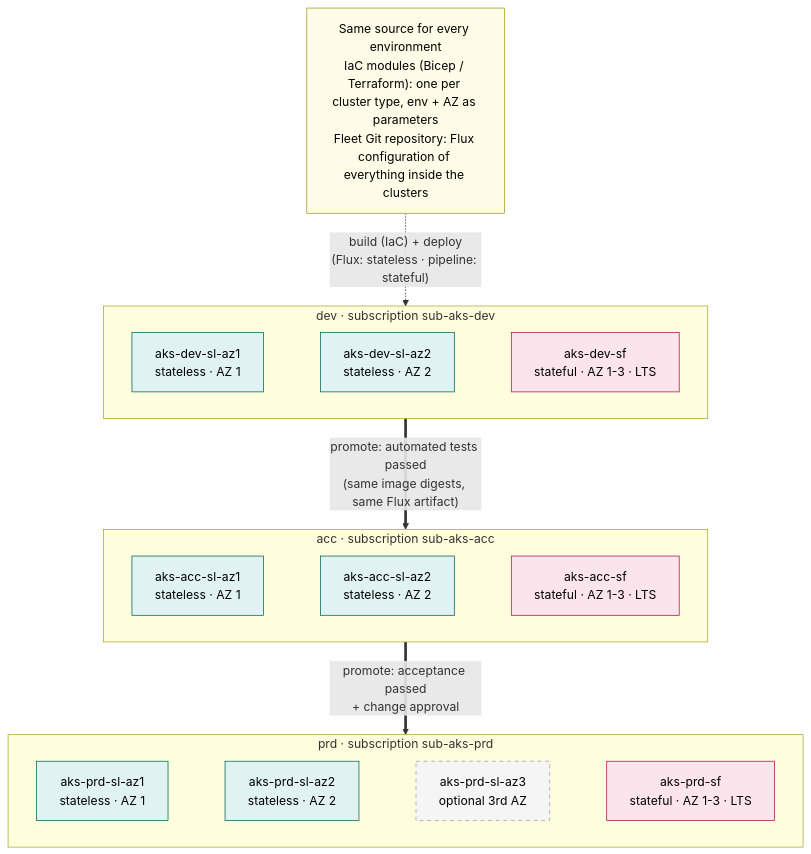
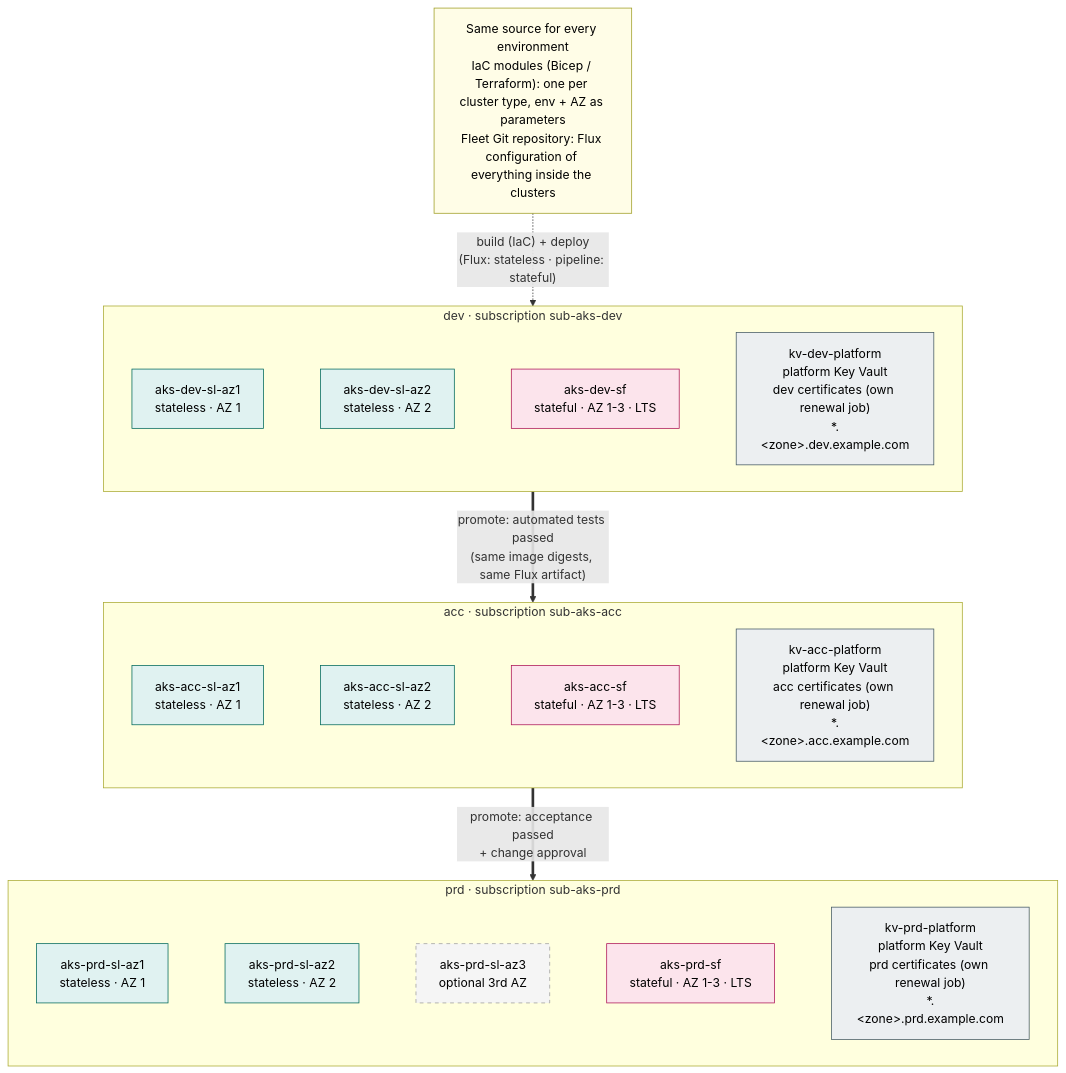
The diagram in diagrams/09-environments.mmd (olljanat-ai/aks-design), drawn with Mermaid before and after one commit. The commit also changed 12 other files, not shown here.

First line of the commit message:
Add a shared platform Key Vault per environment for certificates

```diff
--- a/diagrams/09-environments.mmd
+++ b/diagrams/09-environments.mmd
@@ -1,37 +1,43 @@
-%% Nine clusters: three environments x (two zonal stateless clusters + one stateful cluster).
+%% Nine clusters: three environments x (two zonal stateless clusters + one stateful cluster),
+%% plus one platform Key Vault per environment that holds that environment's certificates.
 %% Every environment is built from the same IaC modules and the same Flux configuration, only parameters differ.
 flowchart TB
     src["Same source for every environment<br/>IaC modules (Bicep / Terraform): one per cluster type, env + AZ as parameters<br/>Fleet Git repository: Flux configuration of everything inside the clusters"]
 
     subgraph DEV["dev · subscription sub-aks-dev"]
         d1["aks-dev-sl-az1<br/>stateless · AZ 1"]
         d2["aks-dev-sl-az2<br/>stateless · AZ 2"]
         d3["aks-dev-sf<br/>stateful · AZ 1-3 · LTS"]
-        d1 ~~~ d2 ~~~ d3
+        kd["kv-dev-platform<br/>platform Key Vault<br/>dev certificates (own renewal job)<br/>*.&lt;zone&gt;.dev.example.com"]
+        d1 ~~~ d2 ~~~ d3 ~~~ kd
     end
     subgraph ACC["acc · subscription sub-aks-acc"]
         a1["aks-acc-sl-az1<br/>stateless · AZ 1"]
         a2["aks-acc-sl-az2<br/>stateless · AZ 2"]
         a3["aks-acc-sf<br/>stateful · AZ 1-3 · LTS"]
-        a1 ~~~ a2 ~~~ a3
+        ka["kv-acc-platform<br/>platform Key Vault<br/>acc certificates (own renewal job)<br/>*.&lt;zone&gt;.acc.example.com"]
+        a1 ~~~ a2 ~~~ a3 ~~~ ka
     end
     subgraph PRD["prd · subscription sub-aks-prd"]
         p1["aks-prd-sl-az1<br/>stateless · AZ 1"]
         p2["aks-prd-sl-az2<br/>stateless · AZ 2"]
         p4["aks-prd-sl-az3<br/>optional 3rd AZ"]
         p3["aks-prd-sf<br/>stateful · AZ 1-3 · LTS"]
-        p1 ~~~ p2 ~~~ p4 ~~~ p3
+        kp["kv-prd-platform<br/>platform Key Vault<br/>prd certificates (own renewal job)<br/>*.&lt;zone&gt;.prd.example.com"]
+        p1 ~~~ p2 ~~~ p4 ~~~ p3 ~~~ kp
     end
 
     src -.->|"build (IaC) + deploy<br/>(Flux: stateless · pipeline: stateful)"| DEV
     DEV ==>|"promote: automated tests passed<br/>(same image digests, same Flux artifact)"| ACC
     ACC ==>|"promote: acceptance passed<br/>+ change approval"| PRD
 
     classDef sl fill:#e0f2f1,stroke:#00695c,color:#000
     classDef sf fill:#fce4ec,stroke:#ad1457,color:#000
     classDef opt fill:#f5f5f5,stroke:#9e9e9e,color:#000,stroke-dasharray: 5 5
+    classDef paas fill:#eceff1,stroke:#455a64,color:#000
     classDef note fill:#fffde7,stroke:#9e9d24,color:#000
     class d1,d2,a1,a2,p1,p2 sl
     class d3,a3,p3 sf
     class p4 opt
+    class kd,ka,kp paas
     class src note
```
